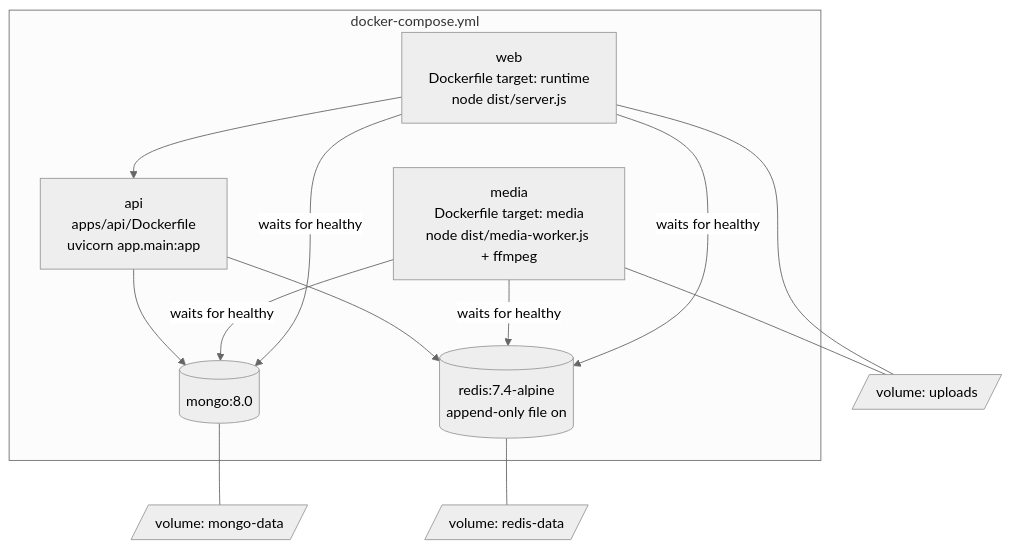
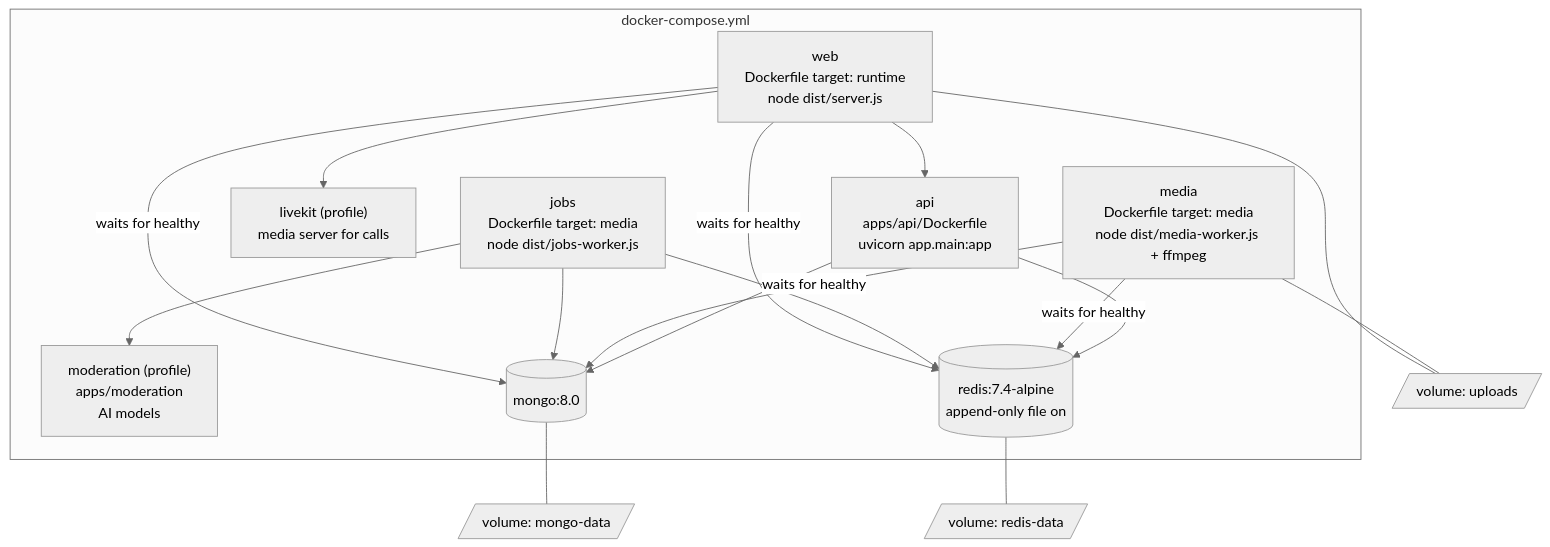
The first of 3 diagrams in docs/DEPLOYMENT.md (AkioCkist/Oremus), drawn with Mermaid (neutral theme) before and after one commit. The commit also changed other lines of this file and 43 other files, not shown here.

````diff
--- a/docs/DEPLOYMENT.md
+++ b/docs/DEPLOYMENT.md
@@ -7,24 +7,31 @@
 ```mermaid
 flowchart TB
   subgraph Compose["docker-compose.yml"]
     web["web<br/>Dockerfile target: runtime<br/>node dist/server.js"]
+    jobs["jobs<br/>Dockerfile target: media<br/>node dist/jobs-worker.js"]
+    moderation["moderation (profile)<br/>apps/moderation<br/>AI models"]
+    livekit["livekit (profile)<br/>media server for calls"]
     media["media<br/>Dockerfile target: media<br/>node dist/media-worker.js + ffmpeg"]
     api["api<br/>apps/api/Dockerfile<br/>uvicorn app.main:app"]
     mongo[("mongo:8.0")]
     redis[("redis:7.4-alpine<br/>append-only file on")]
   end
   vMongo[/"volume: mongo-data"/]
   vRedis[/"volume: redis-data"/]
   vUploads[/"volume: uploads"/]
   mongo --- vMongo
   redis --- vRedis
   web --- vUploads
   media --- vUploads
   web -- "waits for healthy" --> mongo
   web -- "waits for healthy" --> redis
   web --> api
+  web --> livekit
+  jobs --> moderation
+  jobs --> mongo
+  jobs --> redis
   media -- "waits for healthy" --> mongo
   media -- "waits for healthy" --> redis
   api --> mongo
   api --> redis
 ```
````
